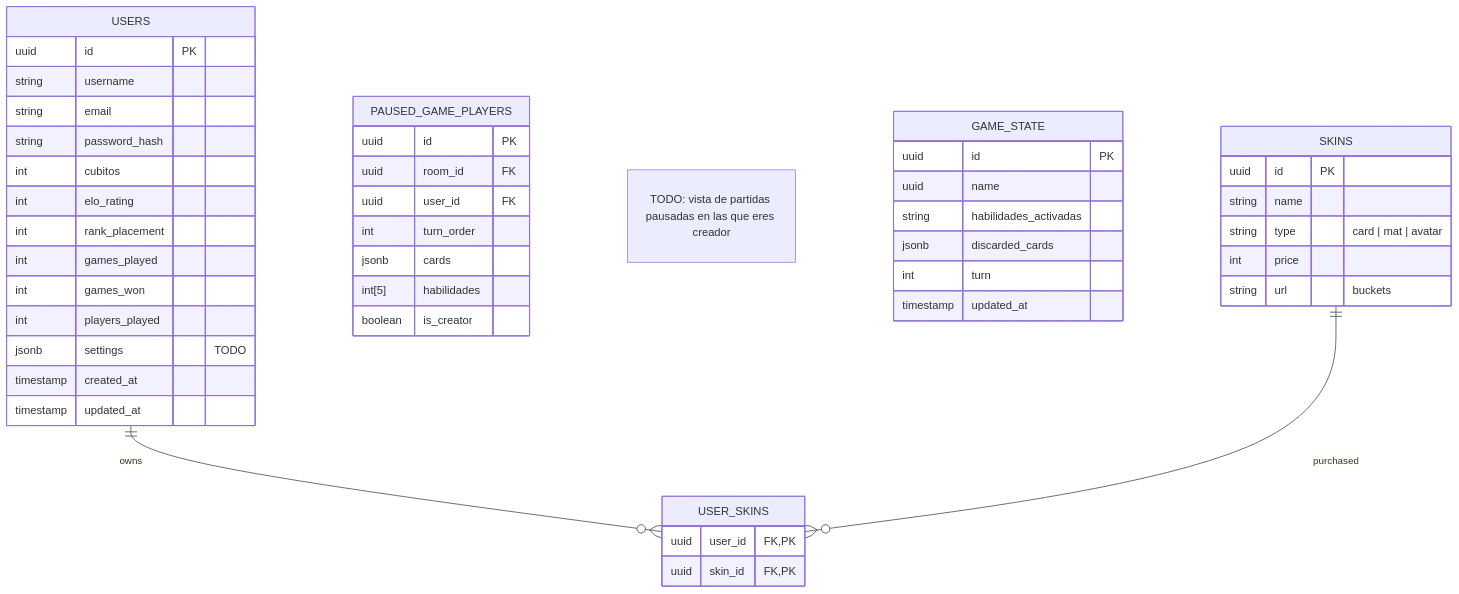
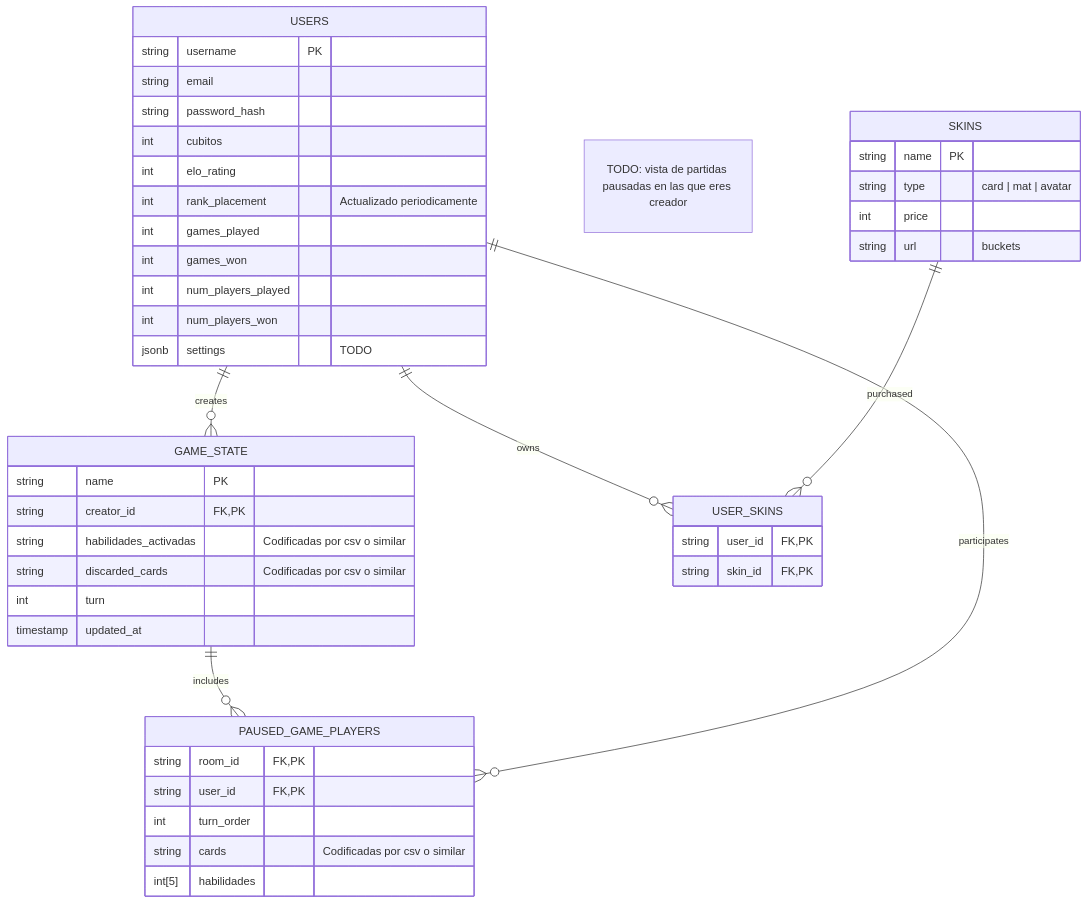
Before and after one commit to UNIZAR-30226-2026-03/cuadrado-backend: the diagram in modeloER.md, drawn with Mermaid.

Commit message:
modelo ER preliminar terminado

````diff
--- a/modeloER.md
+++ b/modeloER.md
@@ -1,54 +1,52 @@
 ```mermaid
 erDiagram
 
     USERS {
-        uuid id PK
-        string username
+        string username PK
         string email
         string password_hash
         int cubitos
         int elo_rating
-		int rank_placement
+		int rank_placement "Actualizado periodicamente"
         int games_played
         int games_won
-		int players_played
+		int num_players_played
+        int num_players_won
 		jsonb settings "TODO"
-        timestamp created_at
-        timestamp updated_at
     }
 
     PAUSED_GAME_PLAYERS {
-        uuid id PK
-        uuid room_id FK
-        uuid user_id FK
+        string room_id FK, PK
+        string user_id FK, PK
 		int turn_order
-		jsonb cards
+		string cards "Codificadas por csv o similar"
 		int[5] habilidades
-        boolean is_creator
+    } 
+
+    GAME_STATE {
+        string name PK
+        string creator_id FK, PK 
+        string habilidades_activadas "Codificadas por csv o similar"
+		string discarded_cards "Codificadas por csv o similar"
+		int turn
+        timestamp updated_at
     } "TODO: vista de partidas pausadas en las que eres creador"
 
-    GAME_STATE {
-        uuid id PK
-        uuid name
-        string habilidades_activadas
-		jsonb discarded_cards
-		int turn
-        timestamp updated_at
-    }
-
     SKINS {
-        uuid id PK
-        string name
-        string type  "card | mat | avatar"
+        string name PK
+        string type "card | mat | avatar"
         int price
 		string url "buckets"
     }
 
     USER_SKINS {
-        uuid user_id FK,PK
-        uuid skin_id FK,PK
+        string user_id FK,PK
+        string skin_id FK,PK
     }
 
     USERS ||--o{ USER_SKINS : owns
     SKINS ||--o{ USER_SKINS : purchased
+    USERS ||--o{ GAME_STATE : creates
+    GAME_STATE ||--o{ PAUSED_GAME_PLAYERS : includes
+    USERS ||--o{ PAUSED_GAME_PLAYERS : participates
 ```
````
